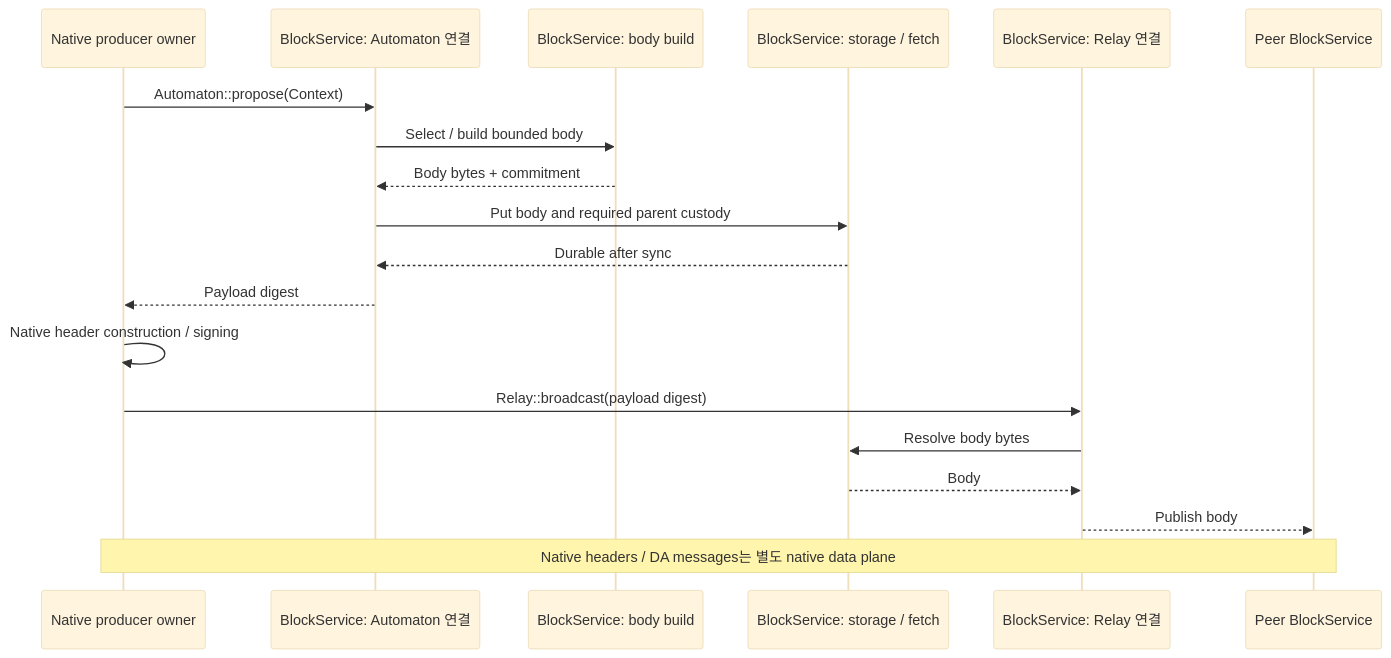
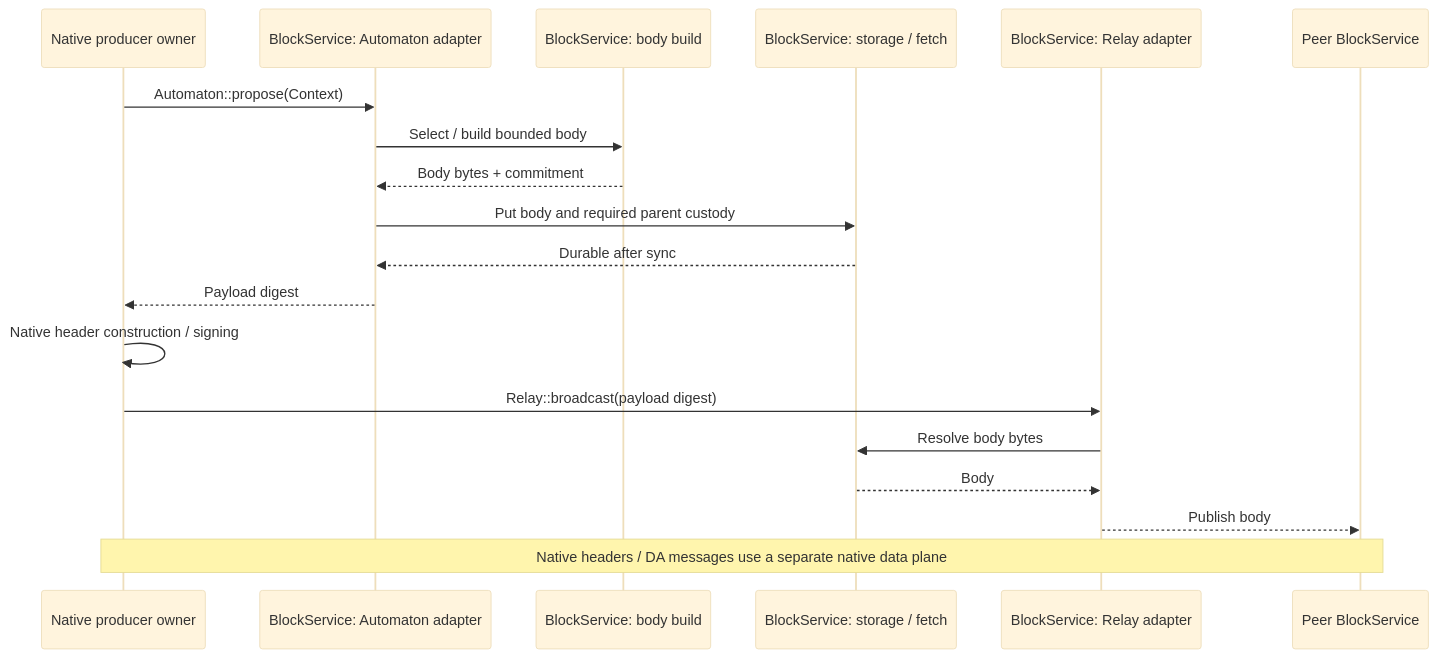
One commit to djm07073/baton-research changed the first of 2 diagrams in docs/e2e/block-body.md. Above: the diagram before and after it, drawn with Mermaid (base theme). The commit also changed other lines of this file and 99 other files, not shown here.

````diff
--- a/docs/e2e/block-body.md
+++ b/docs/e2e/block-body.md
@@ -7,21 +7,21 @@
 ```mermaid
 sequenceDiagram
     participant N as Native producer owner
-    participant A as BlockService: Automaton 연결
+    participant A as BlockService: Automaton adapter
     participant P as BlockService: body build
     participant S as BlockService: storage / fetch
-    participant R as BlockService: Relay 연결
+    participant R as BlockService: Relay adapter
     participant V as Peer BlockService
     N->>A: Automaton::propose(Context)
     A->>P: Select / build bounded body
     P-->>A: Body bytes + commitment
     A->>S: Put body and required parent custody
     S-->>A: Durable after sync
     A-->>N: Payload digest
     N->>N: Native header construction / signing
     N->>R: Relay::broadcast(payload digest)
     R->>S: Resolve body bytes
     S-->>R: Body
     R-->>V: Publish body
-    Note over N,V: Native headers / DA messages는 별도 native data plane
+    Note over N,V: Native headers / DA messages use a separate native data plane
 ```
````
